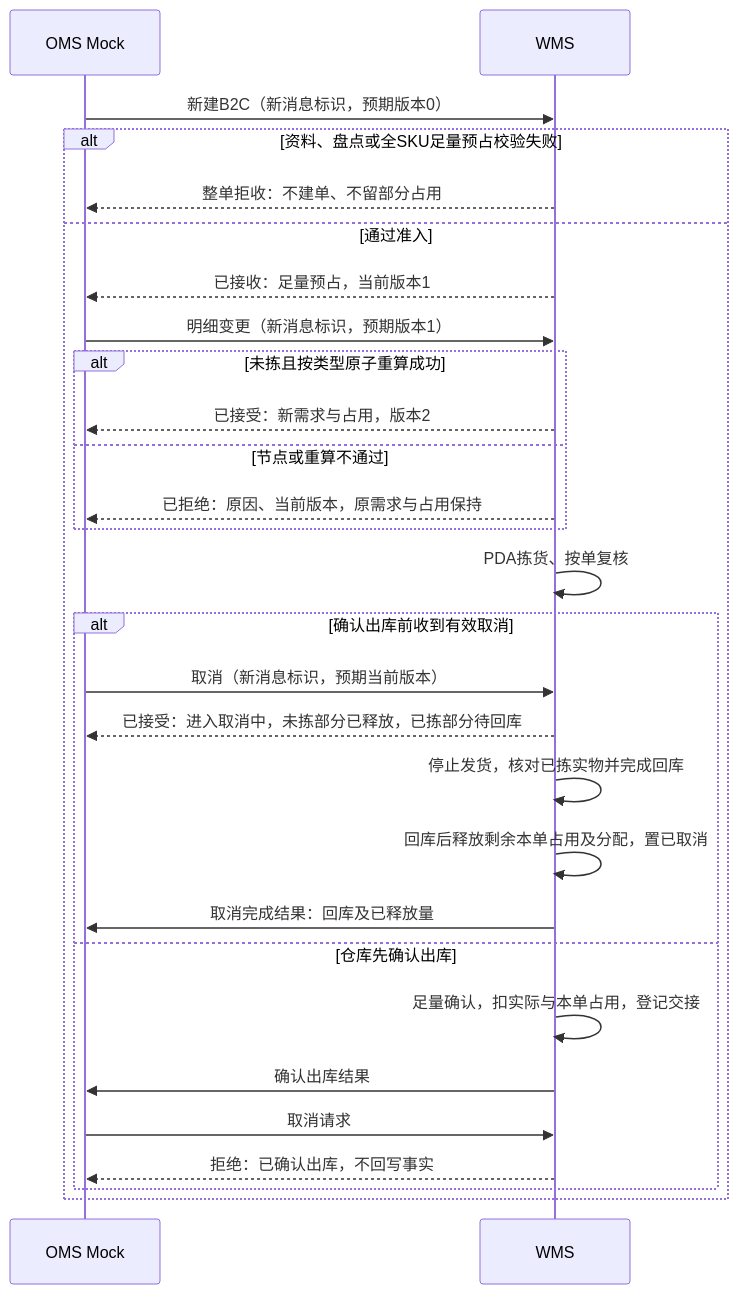
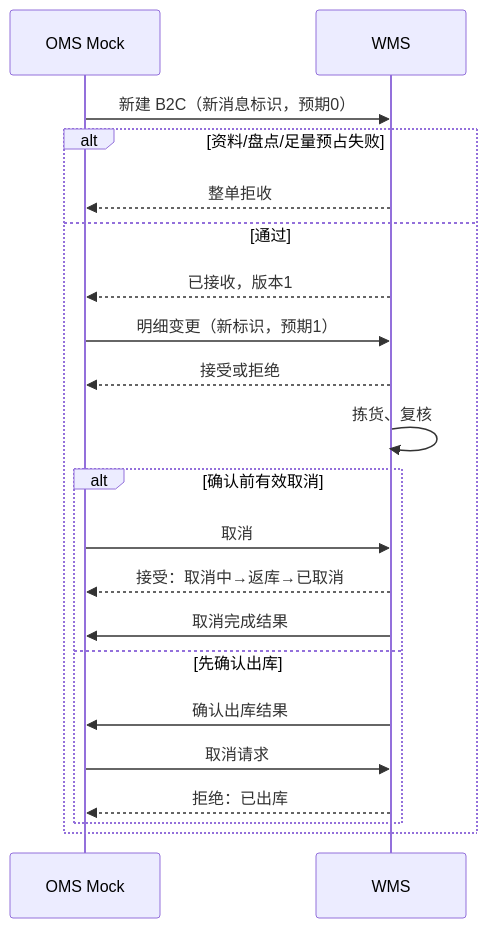
The second of 2 diagrams in 05-应用设计方案/20261002-MVP版本/系统架构设计/06-接口与OMS Mock消息设计.md (TopVitamin/QS-WMS-Project), drawn with Mermaid before and after one commit. The commit also changed other lines of this file and 82 other files, not shown here.

````diff
--- a/05-应用设计方案/20261002-MVP版本/系统架构设计/06-接口与OMS Mock消息设计.md
+++ b/05-应用设计方案/20261002-MVP版本/系统架构设计/06-接口与OMS Mock消息设计.md
@@ -104,30 +114,23 @@
 ```mermaid
 sequenceDiagram
     participant M as OMS Mock
     participant W as WMS
-    M->>W: 新建B2C（新消息标识，预期版本0）
-    alt 资料、盘点或全SKU足量预占校验失败
-        W-->>M: 整单拒收：不建单、不留部分占用
-    else 通过准入
-        W-->>M: 已接收：足量预占，当前版本1
-        M->>W: 明细变更（新消息标识，预期版本1）
-        alt 未拣且按类型原子重算成功
-            W-->>M: 已接受：新需求与占用，版本2
-        else 节点或重算不通过
-            W-->>M: 已拒绝：原因、当前版本，原需求与占用保持
-        end
-        W->>W: PDA拣货、按单复核
-        alt 确认出库前收到有效取消
-            M->>W: 取消（新消息标识，预期当前版本）
-            W-->>M: 已接受：进入取消中，未拣部分已释放，已拣部分待回库
-            W->>W: 停止发货，核对已拣实物并完成回库
-            W->>W: 回库后释放剩余本单占用及分配，置已取消
-            W->>M: 取消完成结果：回库及已释放量
-        else 仓库先确认出库
-            W->>W: 足量确认，扣实际与本单占用，登记交接
+    M->>W: 新建 B2C（新消息标识，预期0）
+    alt 资料/盘点/足量预占失败
+        W-->>M: 整单拒收
+    else 通过
+        W-->>M: 已接收，版本1
+        M->>W: 明细变更（新标识，预期1）
+        W-->>M: 接受或拒绝
+        W->>W: 拣货、复核
+        alt 确认前有效取消
+            M->>W: 取消
+            W-->>M: 接受：取消中→返库→已取消
+            W->>M: 取消完成结果
+        else 先确认出库
             W->>M: 确认出库结果
             M->>W: 取消请求
-            W-->>M: 拒绝：已确认出库，不回写事实
+            W-->>M: 拒绝：已出库
         end
     end
 ```
````
